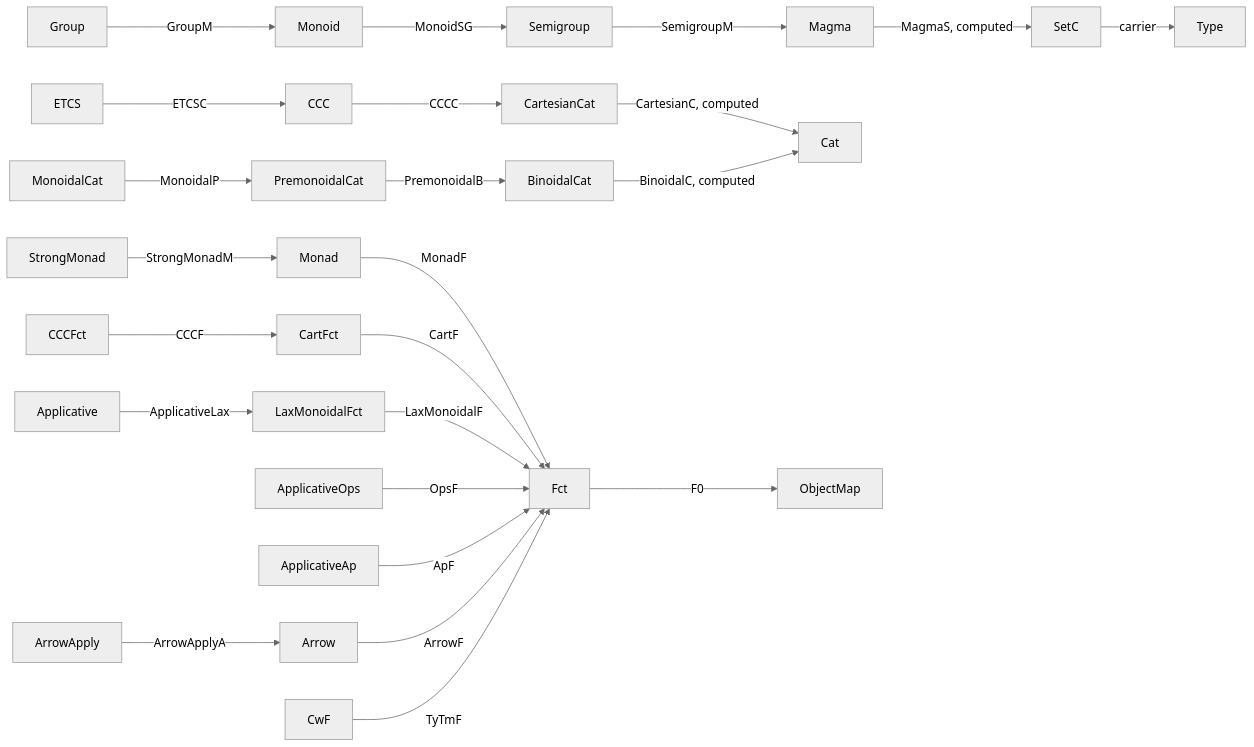
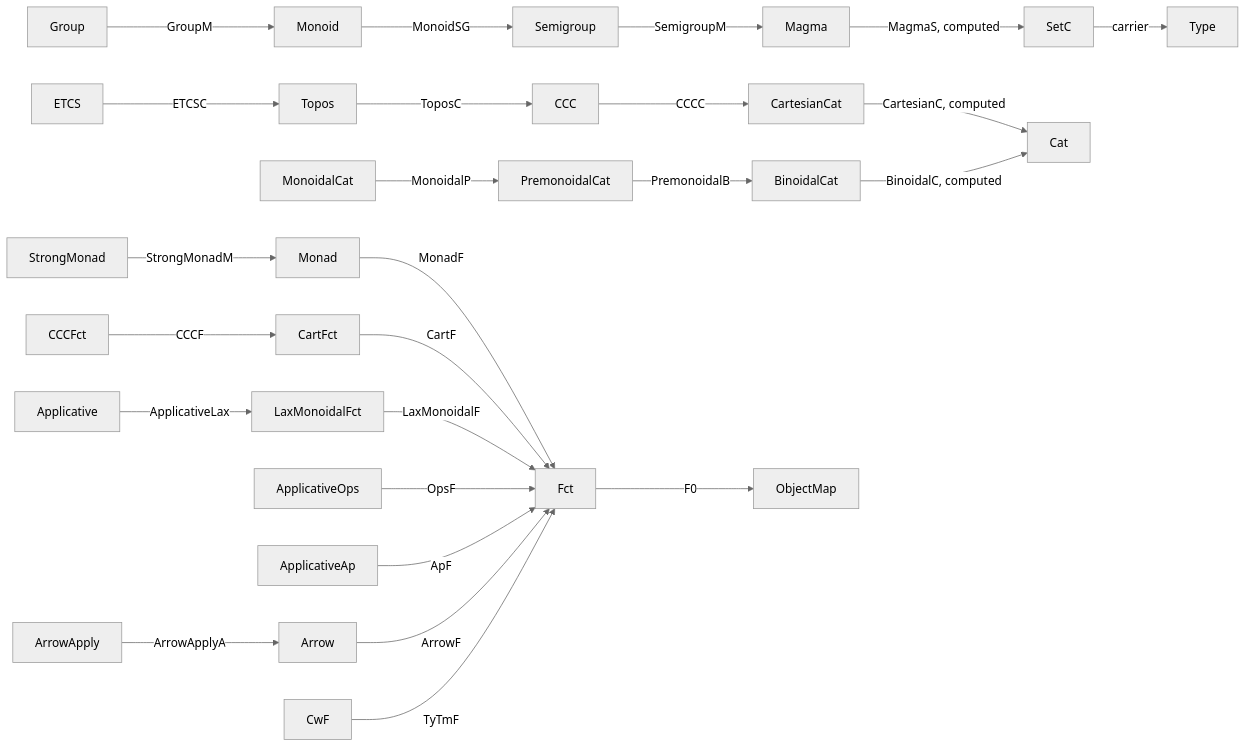
The diagram in docs/BundledInterfaces.md (Godalin/rocq-cats), drawn with Mermaid (neutral theme) before and after one commit. The commit also changed other lines of this file and 6 other files, not shown here.

First line of the commit message:
Separate elementary topos structure from ETCS

````diff
--- a/docs/BundledInterfaces.md
+++ b/docs/BundledInterfaces.md
@@ -693,26 +694,27 @@
 ```mermaid
 flowchart LR
   Group -->|GroupM| Monoid
   Monoid -->|MonoidSG| Semigroup
   Semigroup -->|SemigroupM| Magma
   Magma -->|MagmaS, computed| SetC
   SetC -->|carrier| Type
-  ETCS -->|ETCSC| CCC
+  ETCS -->|ETCSC| Topos
+  Topos -->|ToposC| CCC
   CCC -->|CCCC| CartesianCat
   CartesianCat -->|CartesianC, computed| Cat
   MonoidalCat -->|MonoidalP| PremonoidalCat
   PremonoidalCat -->|PremonoidalB| BinoidalCat
   BinoidalCat -->|BinoidalC, computed| Cat
   StrongMonad -->|StrongMonadM| Monad
   Monad -->|MonadF| Fct
   CCCFct -->|CCCF| CartFct
   CartFct -->|CartF| Fct
   Applicative -->|ApplicativeLax| LaxMonoidalFct
   LaxMonoidalFct -->|LaxMonoidalF| Fct
   ApplicativeOps -->|OpsF| Fct
   ApplicativeAp -->|ApF| Fct
   ArrowApply -->|ArrowApplyA| Arrow
   Arrow -->|ArrowF| Fct
   CwF -->|TyTmF| Fct
   Fct -->|F0| ObjectMap
 ```
````
